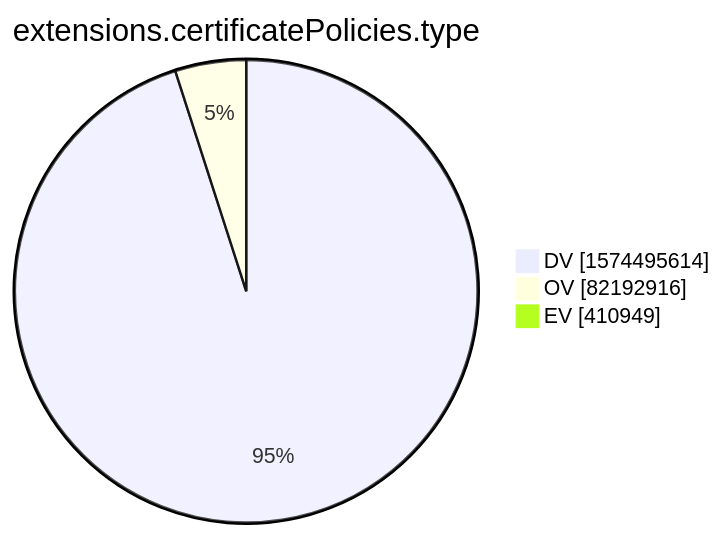
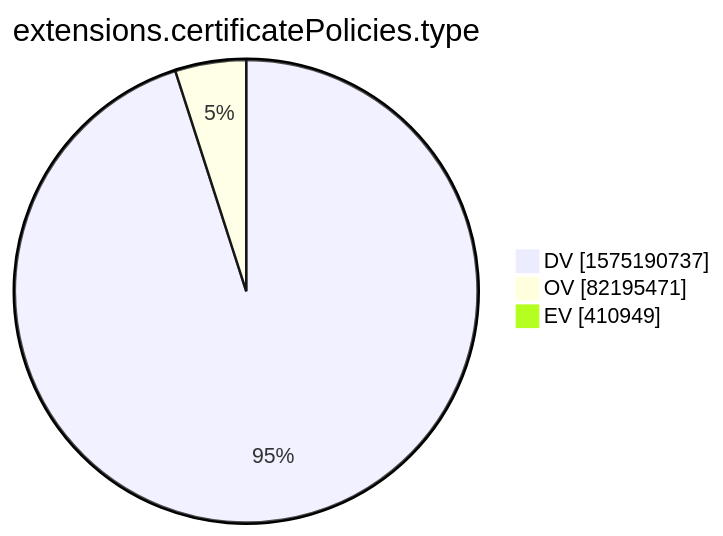
One commit to christiankrug/ctmonitor_visualization changed the tenth of 15 diagrams in xenon2022/README.md. Above: the diagram before and after it, drawn with Mermaid. The commit also changed other lines of this file, not shown here.

````diff
--- a/xenon2022/README.md
+++ b/xenon2022/README.md
@@ -2876,7 +2877,7 @@
 ```mermaid
 pie showData
 title extensions.certificatePolicies.type
-"DV" :1574495614
-"OV" :82192916
+"DV" :1575190737
+"OV" :82195471
 "EV" :410949
 ```
````
